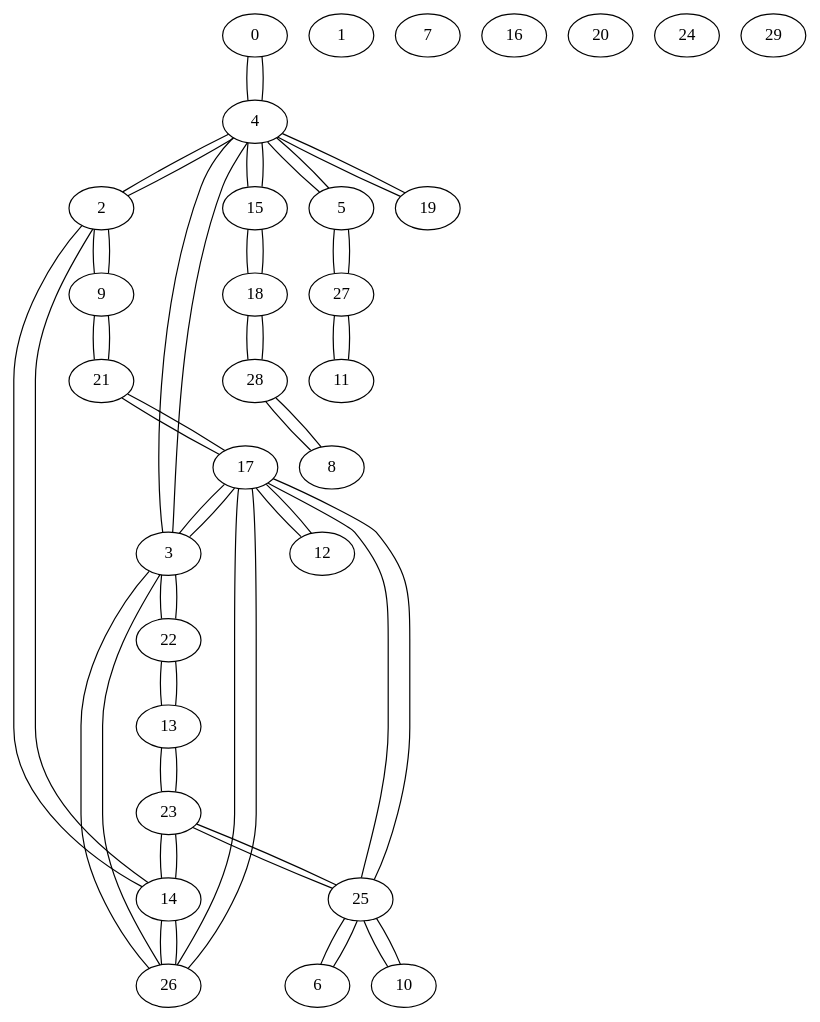
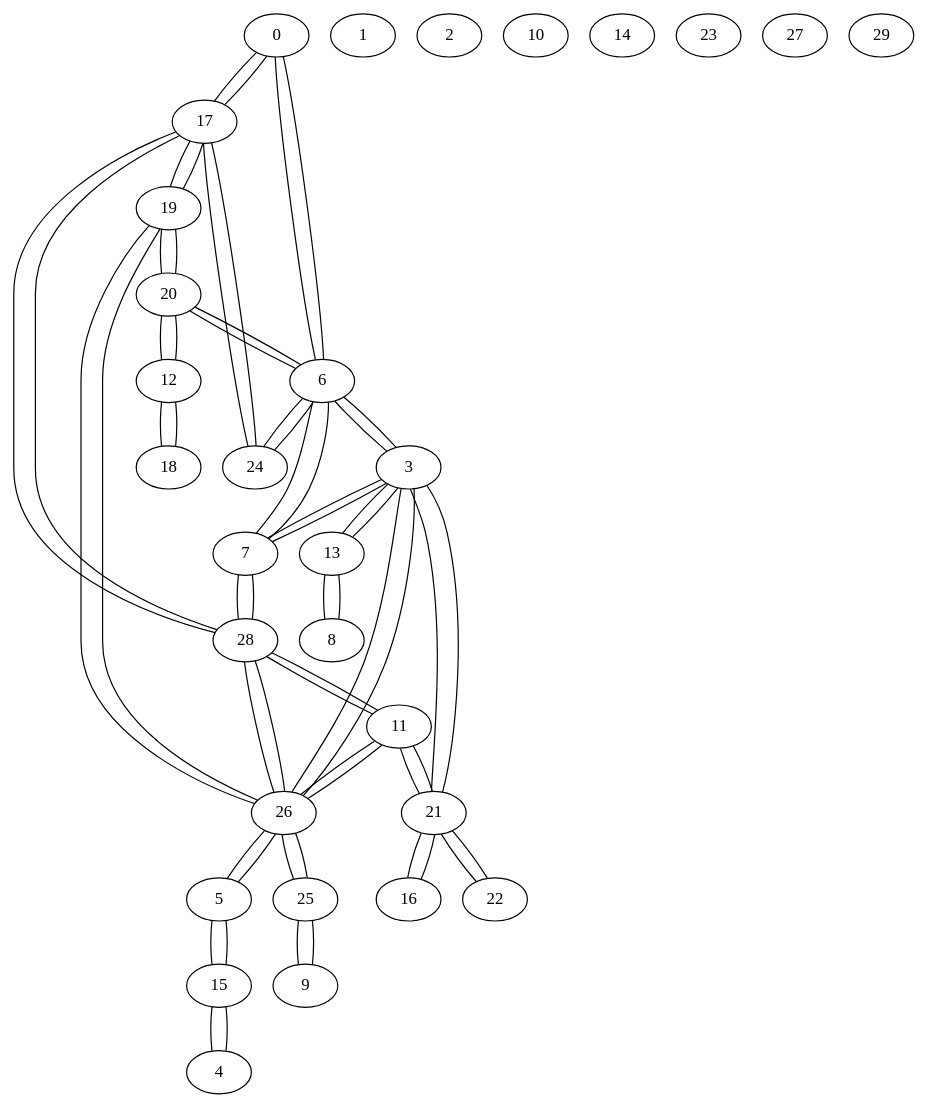
One commit to chrisalmonte/P-Grafos changed the diagram in grafos/Erdos-Renyi/ErdosRenyi_pocos.gv. Above: the diagram before and after it, drawn with Graphviz. The commit also changed 101 other files, not shown here.

```diff
--- a/grafos/Erdos-Renyi/ErdosRenyi_pocos.gv
+++ b/grafos/Erdos-Renyi/ErdosRenyi_pocos.gv
@@ -1,64 +1,69 @@
 graph {
-0 -- 4 [ distancia=14 ]
+0 -- 17 [ distancia=8 ]
+0 -- 6 [ distancia=7 ]
 1;
-2 -- 4 [ distancia=12 ]
-2 -- 14 [ distancia=8 ]
-2 -- 9 [ distancia=11 ]
-3 -- 4 [ distancia=11 ]
-3 -- 17 [ distancia=9 ]
-3 -- 26 [ distancia=1 ]
-3 -- 22 [ distancia=10 ]
-4 -- 15 [ distancia=7 ]
-4 -- 2 [ distancia=12 ]
-4 -- 0 [ distancia=14 ]
-4 -- 5 [ distancia=9 ]
-4 -- 3 [ distancia=11 ]
-4 -- 19 [ distancia=10 ]
-5 -- 27 [ distancia=6 ]
-5 -- 4 [ distancia=9 ]
-6 -- 25 [ distancia=15 ]
-7;
-8 -- 28 [ distancia=9 ]
-9 -- 21 [ distancia=12 ]
-9 -- 2 [ distancia=11 ]
-10 -- 25 [ distancia=9 ]
-11 -- 27 [ distancia=8 ]
-12 -- 17 [ distancia=13 ]
-13 -- 22 [ distancia=8 ]
-13 -- 23 [ distancia=3 ]
-14 -- 23 [ distancia=12 ]
-14 -- 2 [ distancia=8 ]
-14 -- 26 [ distancia=1 ]
-15 -- 4 [ distancia=7 ]
-15 -- 18 [ distancia=4 ]
-16;
-17 -- 26 [ distancia=5 ]
-17 -- 12 [ distancia=13 ]
-17 -- 21 [ distancia=11 ]
-17 -- 3 [ distancia=9 ]
-17 -- 25 [ distancia=15 ]
-18 -- 15 [ distancia=4 ]
-18 -- 28 [ distancia=11 ]
-19 -- 4 [ distancia=10 ]
-20;
-21 -- 17 [ distancia=11 ]
-21 -- 9 [ distancia=12 ]
-22 -- 13 [ distancia=8 ]
-22 -- 3 [ distancia=10 ]
-23 -- 13 [ distancia=3 ]
-23 -- 25 [ distancia=5 ]
-23 -- 14 [ distancia=12 ]
-24;
-25 -- 23 [ distancia=5 ]
-25 -- 10 [ distancia=9 ]
-25 -- 6 [ distancia=15 ]
-25 -- 17 [ distancia=15 ]
-26 -- 17 [ distancia=5 ]
-26 -- 3 [ distancia=1 ]
-26 -- 14 [ distancia=1 ]
-27 -- 5 [ distancia=6 ]
-27 -- 11 [ distancia=8 ]
-28 -- 8 [ distancia=9 ]
-28 -- 18 [ distancia=11 ]
+2;
+3 -- 7 [ distancia=14 ]
+3 -- 21 [ distancia=14 ]
+3 -- 6 [ distancia=5 ]
+3 -- 26 [ distancia=15 ]
+3 -- 13 [ distancia=11 ]
+4 -- 15 [ distancia=2 ]
+5 -- 26 [ distancia=8 ]
+5 -- 15 [ distancia=11 ]
+6 -- 20 [ distancia=5 ]
+6 -- 7 [ distancia=13 ]
+6 -- 3 [ distancia=5 ]
+6 -- 0 [ distancia=7 ]
+6 -- 24 [ distancia=11 ]
+7 -- 3 [ distancia=14 ]
+7 -- 6 [ distancia=13 ]
+7 -- 28 [ distancia=10 ]
+8 -- 13 [ distancia=6 ]
+9 -- 25 [ distancia=15 ]
+10;
+11 -- 28 [ distancia=2 ]
+11 -- 21 [ distancia=12 ]
+11 -- 26 [ distancia=1 ]
+12 -- 18 [ distancia=4 ]
+12 -- 20 [ distancia=10 ]
+13 -- 8 [ distancia=6 ]
+13 -- 3 [ distancia=11 ]
+14;
+15 -- 4 [ distancia=2 ]
+15 -- 5 [ distancia=11 ]
+16 -- 21 [ distancia=13 ]
+17 -- 28 [ distancia=15 ]
+17 -- 0 [ distancia=8 ]
+17 -- 24 [ distancia=12 ]
+17 -- 19 [ distancia=5 ]
+18 -- 12 [ distancia=4 ]
+19 -- 26 [ distancia=6 ]
+19 -- 20 [ distancia=12 ]
+19 -- 17 [ distancia=5 ]
+20 -- 6 [ distancia=5 ]
+20 -- 12 [ distancia=10 ]
+20 -- 19 [ distancia=12 ]
+21 -- 16 [ distancia=13 ]
+21 -- 11 [ distancia=12 ]
+21 -- 3 [ distancia=14 ]
+21 -- 22 [ distancia=5 ]
+22 -- 21 [ distancia=5 ]
+23;
+24 -- 17 [ distancia=12 ]
+24 -- 6 [ distancia=11 ]
+25 -- 9 [ distancia=15 ]
+25 -- 26 [ distancia=7 ]
+26 -- 25 [ distancia=7 ]
+26 -- 5 [ distancia=8 ]
+26 -- 19 [ distancia=6 ]
+26 -- 28 [ distancia=6 ]
+26 -- 3 [ distancia=15 ]
+26 -- 11 [ distancia=1 ]
+27;
+28 -- 17 [ distancia=15 ]
+28 -- 11 [ distancia=2 ]
+28 -- 26 [ distancia=6 ]
+28 -- 7 [ distancia=10 ]
 29;
 }
```
